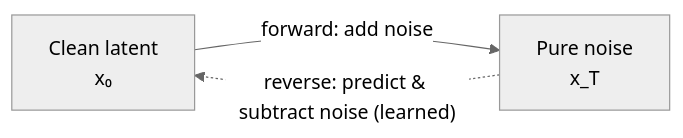
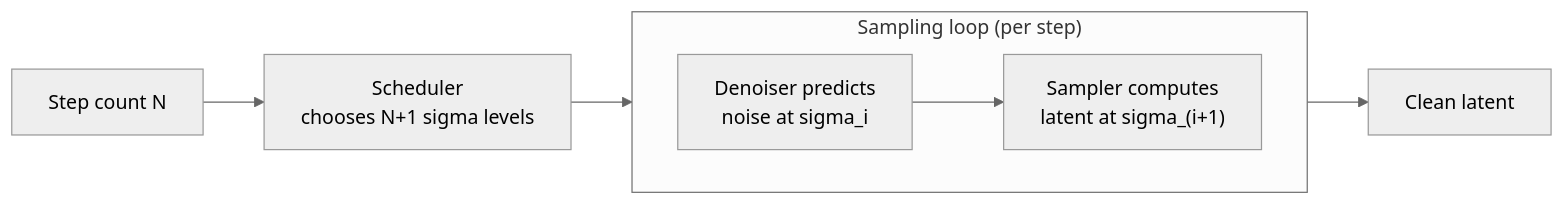
The fifth of 7 diagrams in github-pages/docs/ai-ml/stable-diffusion-fundamentals.md (AndrewAltimit/Documentation), drawn with Mermaid (neutral theme) before and after one commit. The commit also changed other lines of this file and 240 other files, not shown here.

````diff
--- a/github-pages/docs/ai-ml/stable-diffusion-fundamentals.md
+++ b/github-pages/docs/ai-ml/stable-diffusion-fundamentals.md
@@ -102,5 +156,10 @@
 ```mermaid
 flowchart LR
-    X0["Clean latent<br/>x₀"] -- "forward: add noise" --> XT["Pure noise<br/>x_T"]
-    XT -. "reverse: predict & subtract noise (learned)" .-> X0
+    Steps["Step count N"] --> Sched["Scheduler<br/>chooses N+1 sigma levels"]
+    Sched --> Loop
+    subgraph Loop["Sampling loop (per step)"]
+        direction LR
+        Den["Denoiser predicts<br/>noise at sigma_i"] --> Solv["Sampler computes<br/>latent at sigma_(i+1)"]
+    end
+    Loop --> Out["Clean latent"]
 ```
````
